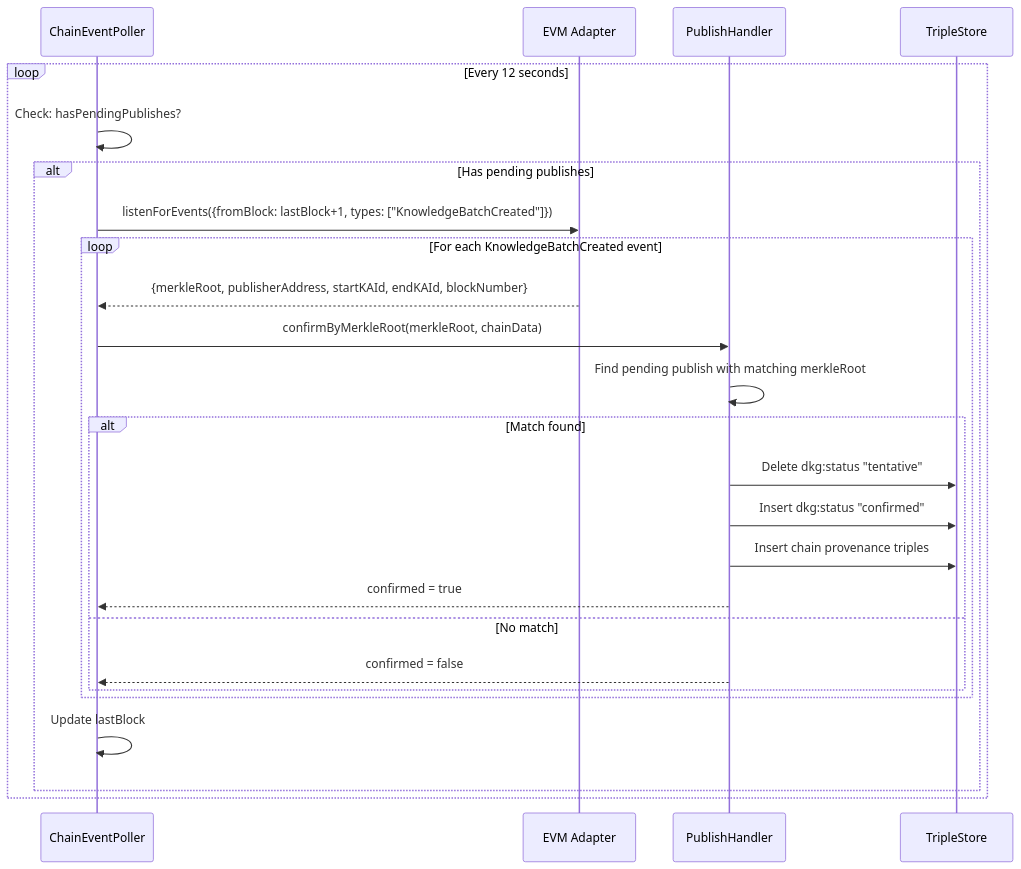
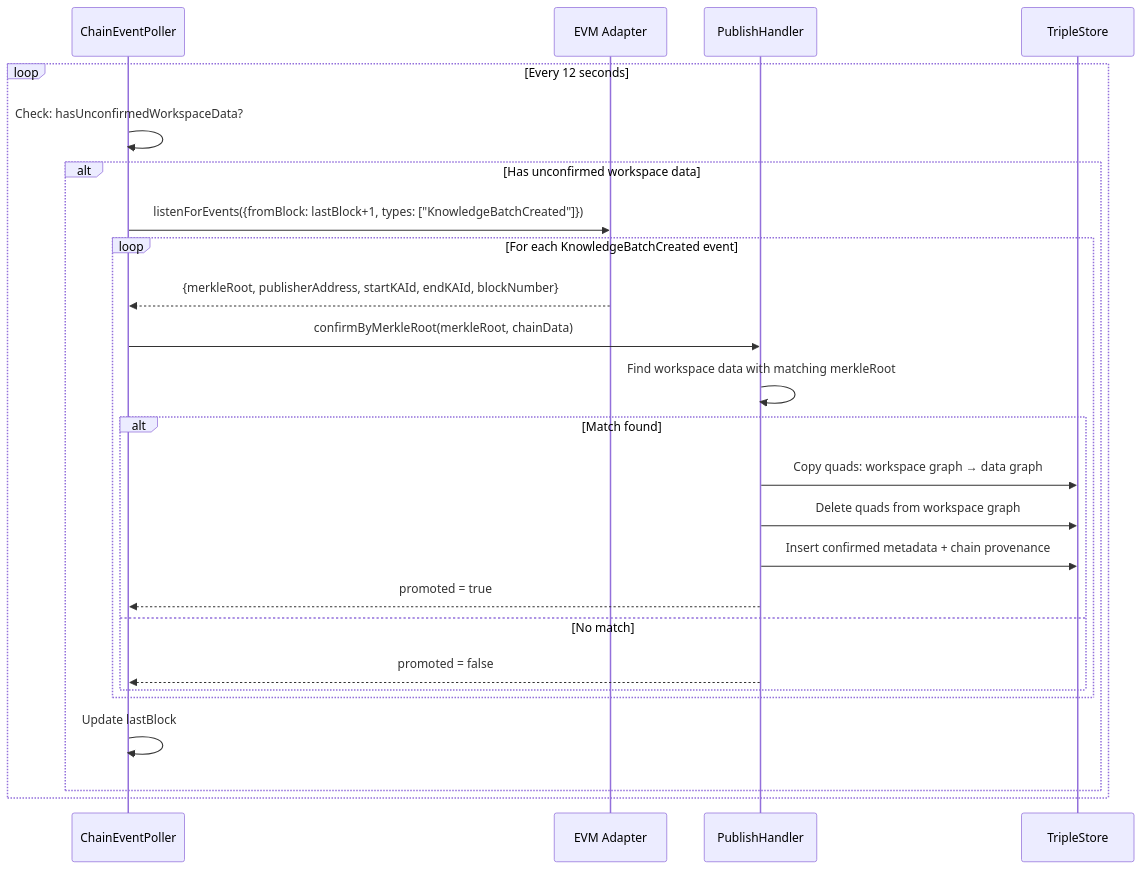
One commit to OriginTrail/dkg changed the sixth of 15 diagrams in docs/v9-protocol-operations.md. Above: the diagram before and after it, drawn with Mermaid. The commit also changed other lines of this file, not shown here.

````diff
--- a/docs/v9-protocol-operations.md
+++ b/docs/v9-protocol-operations.md
@@ -306,30 +448,30 @@
 ```mermaid
 sequenceDiagram
     participant Poller as ChainEventPoller
     participant Chain as EVM Adapter
     participant PH as PublishHandler
     participant Store as TripleStore
 
     loop Every 12 seconds
-        Poller->>Poller: Check: hasPendingPublishes?
-        alt Has pending publishes
+        Poller->>Poller: Check: hasUnconfirmedWorkspaceData?
+        alt Has unconfirmed workspace data
             Poller->>Chain: listenForEvents({fromBlock: lastBlock+1, types: ["KnowledgeBatchCreated"]})
 
             loop For each KnowledgeBatchCreated event
                 Chain-->>Poller: {merkleRoot, publisherAddress, startKAId, endKAId, blockNumber}
                 Poller->>PH: confirmByMerkleRoot(merkleRoot, chainData)
-                PH->>PH: Find pending publish with matching merkleRoot
+                PH->>PH: Find workspace data with matching merkleRoot
                 alt Match found
-                    PH->>Store: Delete dkg:status "tentative"
-                    PH->>Store: Insert dkg:status "confirmed"
-                    PH->>Store: Insert chain provenance triples
-                    PH-->>Poller: confirmed = true
+                    PH->>Store: Copy quads: workspace graph → data graph
+                    PH->>Store: Delete quads from workspace graph
+                    PH->>Store: Insert confirmed metadata + chain provenance
+                    PH-->>Poller: promoted = true
                 else No match
-                    PH-->>Poller: confirmed = false
+                    PH-->>Poller: promoted = false
                 end
             end
 
             Poller->>Poller: Update lastBlock
         end
     end
 ```
````
